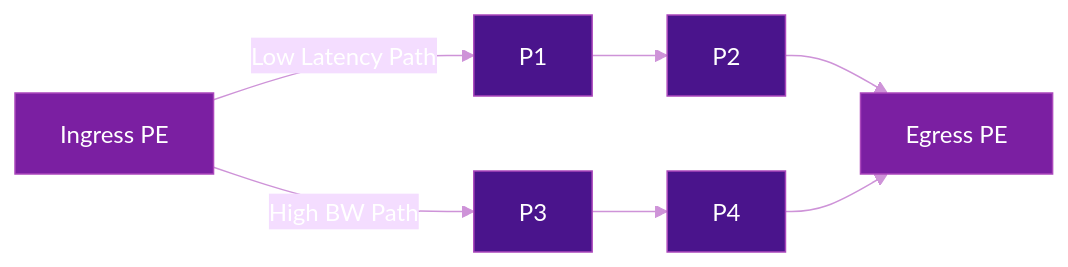
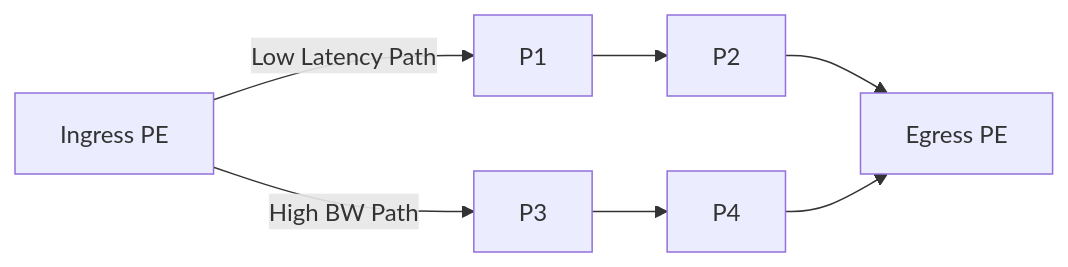
The diagram in docs/use-cases/traffic-engineering.md (eldaninavas/srv6.md), drawn with Mermaid before and after one commit. The commit also changed 29 other files, not shown here.

First line of the commit message:
fix(mermaid): apply theme-aware colors site-wide

````diff
--- a/docs/use-cases/traffic-engineering.md
+++ b/docs/use-cases/traffic-engineering.md
@@ -19,16 +19,9 @@
 ```mermaid
-%%{init: {"theme": "base", "themeVariables": {"primaryTextColor": "#fff", "lineColor": "#ce93d8", "textColor": "#fff"}}}%%
 graph LR
     A[Ingress PE] -->|Low Latency Path| B[P1]
     B --> C[P2]
     C --> D[Egress PE]
     A -->|High BW Path| E[P3]
     E --> F[P4]
     F --> D
-    style A fill:#7b1fa2,color:#fff,stroke:#ab47bc
-    style D fill:#7b1fa2,color:#fff,stroke:#ab47bc
-    style B fill:#4a148c,color:#fff,stroke:#ab47bc
-    style C fill:#4a148c,color:#fff,stroke:#ab47bc
-    style E fill:#4a148c,color:#fff,stroke:#ab47bc
-    style F fill:#4a148c,color:#fff,stroke:#ab47bc
 ```
````
